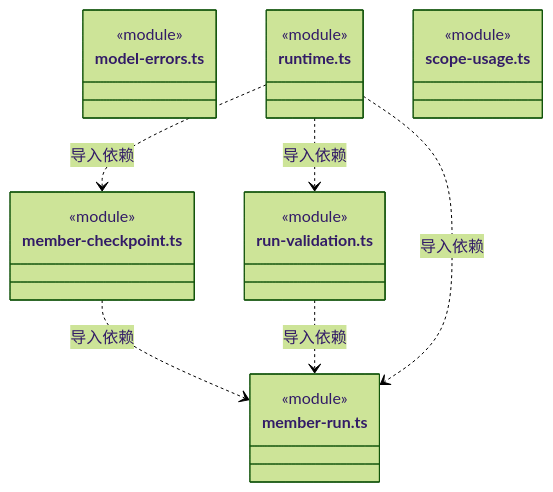
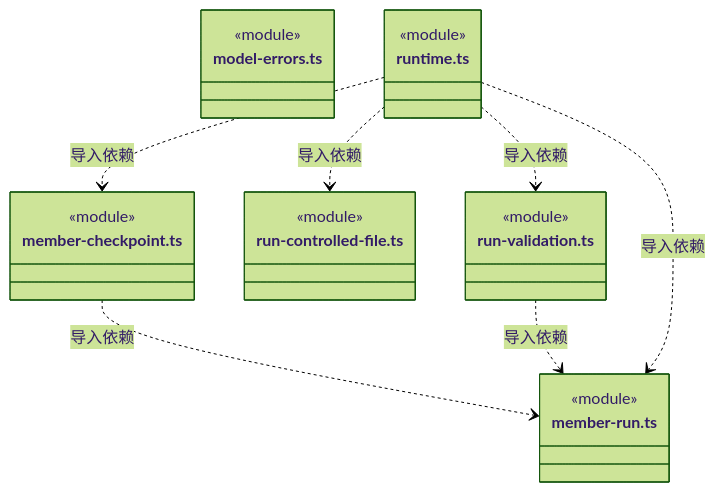
Before and after one commit to nan023062/cbim: the second of 11 diagrams in src/backend/core/brain/ARCHITECTURE.md, drawn with Mermaid (forest theme). The commit also changed other lines of this file and 86 other files, not shown here.

````diff
--- a/src/backend/core/brain/ARCHITECTURE.md
+++ b/src/backend/core/brain/ARCHITECTURE.md
@@ -56,26 +57,27 @@
 ```mermaid
 classDiagram
 class N_src_backend_core_brain_member_checkpoint_ts["member-checkpoint.ts"] {
   <<module>>
 }
 class N_src_backend_core_brain_member_run_ts["member-run.ts"] {
   <<module>>
 }
 class N_src_backend_core_brain_model_errors_ts["model-errors.ts"] {
   <<module>>
 }
+class N_src_backend_core_brain_run_controlled_file_ts["run-controlled-file.ts"] {
+  <<module>>
+}
 class N_src_backend_core_brain_run_validation_ts["run-validation.ts"] {
   <<module>>
 }
 class N_src_backend_core_brain_runtime_ts["runtime.ts"] {
   <<module>>
 }
-class N_src_backend_core_brain_scope_usage_ts["scope-usage.ts"] {
-  <<module>>
-}
 N_src_backend_core_brain_member_checkpoint_ts ..> N_src_backend_core_brain_member_run_ts : 导入依赖
 N_src_backend_core_brain_run_validation_ts ..> N_src_backend_core_brain_member_run_ts : 导入依赖
 N_src_backend_core_brain_runtime_ts ..> N_src_backend_core_brain_member_checkpoint_ts : 导入依赖
 N_src_backend_core_brain_runtime_ts ..> N_src_backend_core_brain_run_validation_ts : 导入依赖
+N_src_backend_core_brain_runtime_ts ..> N_src_backend_core_brain_run_controlled_file_ts : 导入依赖
 N_src_backend_core_brain_runtime_ts ..> N_src_backend_core_brain_member_run_ts : 导入依赖
 ```
````
